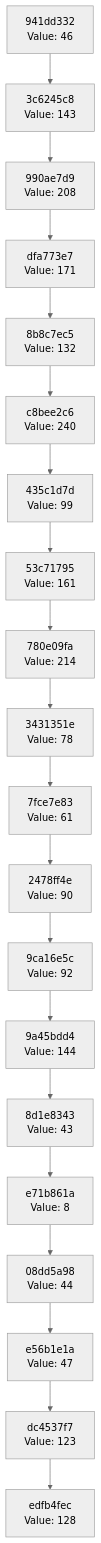
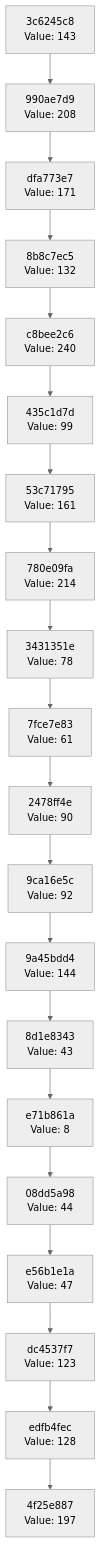
The diagram in docs/CHAIN_VISUALIZATION.md (Abhisheksinha1506/hash-chain-evolver), drawn with Mermaid (neutral theme) before and after one commit. The commit also changed 2 other files, not shown here.

Commit message:
Evolution Step

````diff
--- a/docs/CHAIN_VISUALIZATION.md
+++ b/docs/CHAIN_VISUALIZATION.md
@@ -3,42 +3,42 @@
 ```mermaid
 graph TD
-    C0["edfb4fec<br/>Value: 128"]
-    C1["dc4537f7<br/>Value: 123"]
+    C0["4f25e887<br/>Value: 197"]
+    C1["edfb4fec<br/>Value: 128"]
     C1 --> C0
-    C2["e56b1e1a<br/>Value: 47"]
+    C2["dc4537f7<br/>Value: 123"]
     C2 --> C1
-    C3["08dd5a98<br/>Value: 44"]
+    C3["e56b1e1a<br/>Value: 47"]
     C3 --> C2
-    C4["e71b861a<br/>Value: 8"]
+    C4["08dd5a98<br/>Value: 44"]
     C4 --> C3
-    C5["8d1e8343<br/>Value: 43"]
+    C5["e71b861a<br/>Value: 8"]
     C5 --> C4
-    C6["9a45bdd4<br/>Value: 144"]
+    C6["8d1e8343<br/>Value: 43"]
     C6 --> C5
-    C7["9ca16e5c<br/>Value: 92"]
+    C7["9a45bdd4<br/>Value: 144"]
     C7 --> C6
-    C8["2478ff4e<br/>Value: 90"]
+    C8["9ca16e5c<br/>Value: 92"]
     C8 --> C7
-    C9["7fce7e83<br/>Value: 61"]
+    C9["2478ff4e<br/>Value: 90"]
     C9 --> C8
-    C10["3431351e<br/>Value: 78"]
+    C10["7fce7e83<br/>Value: 61"]
     C10 --> C9
-    C11["780e09fa<br/>Value: 214"]
+    C11["3431351e<br/>Value: 78"]
     C11 --> C10
-    C12["53c71795<br/>Value: 161"]
+    C12["780e09fa<br/>Value: 214"]
     C12 --> C11
-    C13["435c1d7d<br/>Value: 99"]
+    C13["53c71795<br/>Value: 161"]
     C13 --> C12
-    C14["c8bee2c6<br/>Value: 240"]
+    C14["435c1d7d<br/>Value: 99"]
     C14 --> C13
-    C15["8b8c7ec5<br/>Value: 132"]
+    C15["c8bee2c6<br/>Value: 240"]
     C15 --> C14
-    C16["dfa773e7<br/>Value: 171"]
+    C16["8b8c7ec5<br/>Value: 132"]
     C16 --> C15
-    C17["990ae7d9<br/>Value: 208"]
+    C17["dfa773e7<br/>Value: 171"]
     C17 --> C16
-    C18["3c6245c8<br/>Value: 143"]
+    C18["990ae7d9<br/>Value: 208"]
     C18 --> C17
-    C19["941dd332<br/>Value: 46"]
+    C19["3c6245c8<br/>Value: 143"]
     C19 --> C18
 ```
````
